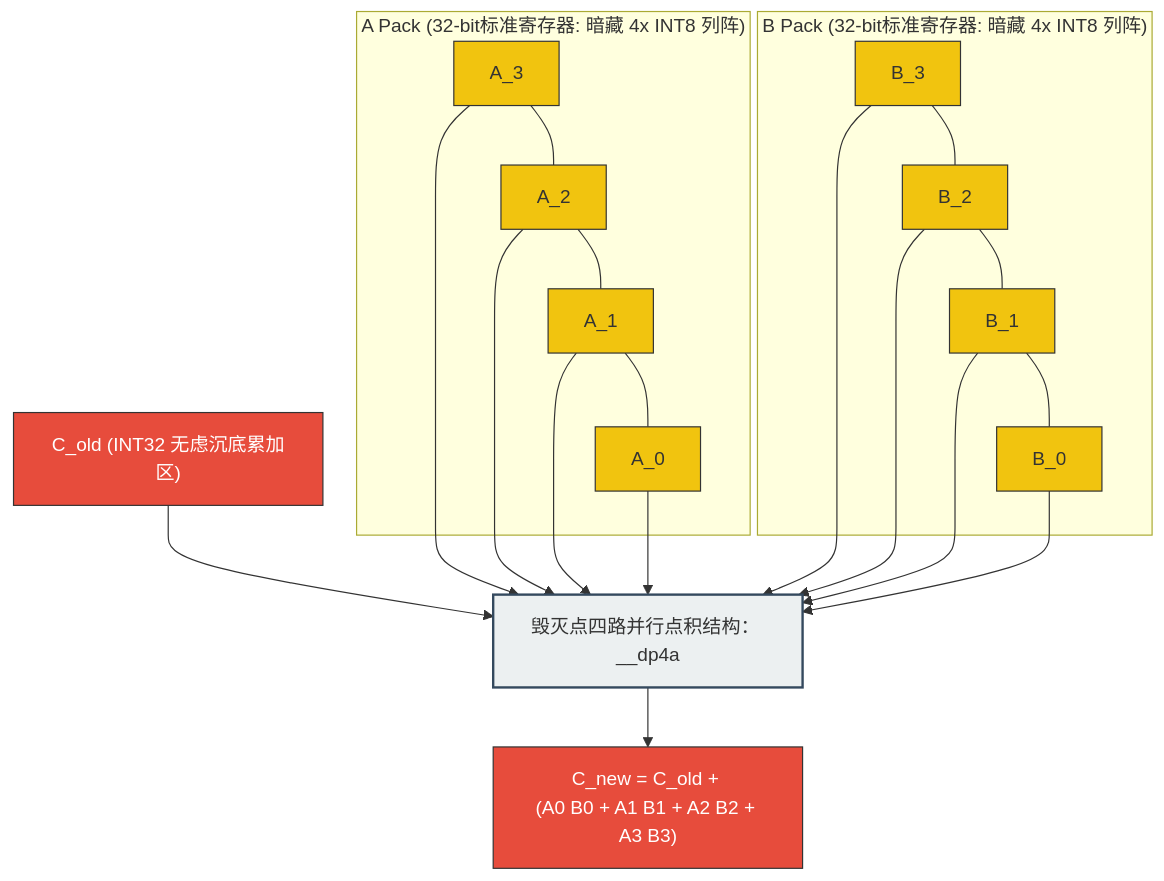
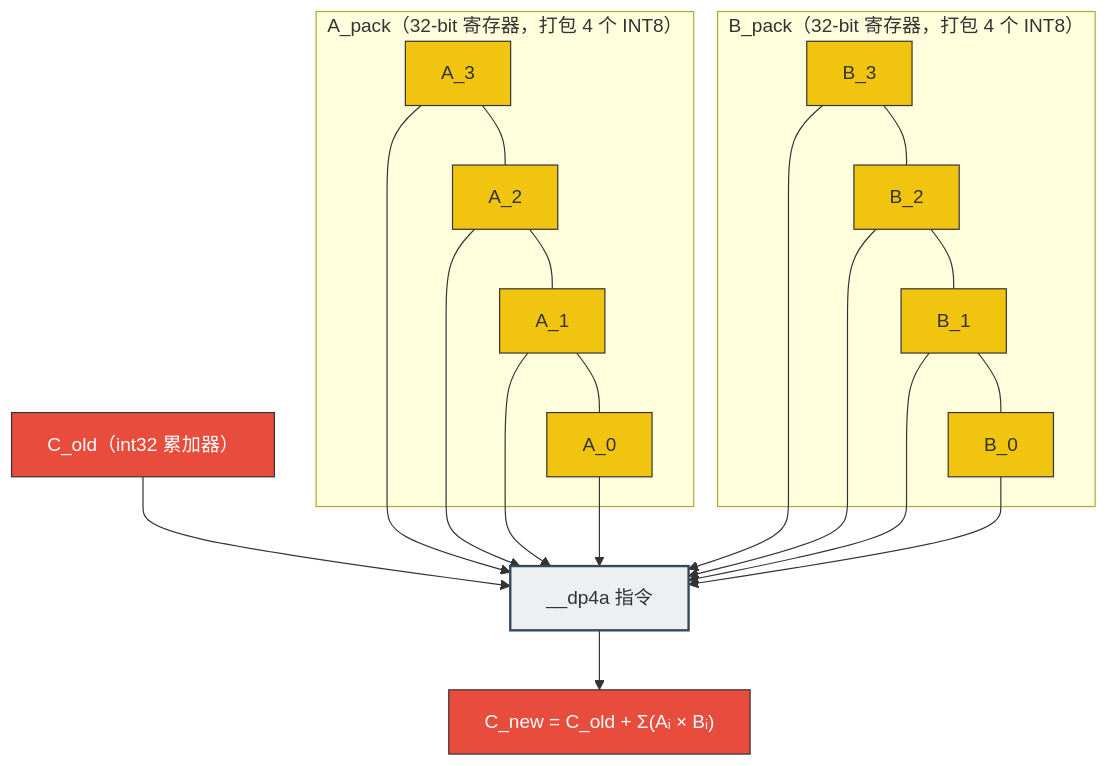
Before and after one commit to psmarter/CUDA-Practice: the first of 2 diagrams in Blogs/07_Quantization_FP16_INT8_dp4a.md, drawn with Mermaid. The commit also changed other lines of this file and 13 other files, not shown here.

````diff
--- a/Blogs/07_Quantization_FP16_INT8_dp4a.md
+++ b/Blogs/07_Quantization_FP16_INT8_dp4a.md
@@ -144,22 +142,22 @@
 ```mermaid
 graph TD
     classDef reg32 fill:#ecf0f1,stroke:#34495e,stroke-width:2px;
     classDef reg8 fill:#f1c40f,stroke:#333;
     classDef acc fill:#e74c3c,stroke:#333,color:white;
 
-    subgraph "A Pack (32-bit标准寄存器: 暗藏 4x INT8 列阵)"
+    subgraph "A_pack（32-bit 寄存器，打包 4 个 INT8）"
         A3[A_3]:::reg8 --- A2[A_2]:::reg8 --- A1[A_1]:::reg8 --- A0[A_0]:::reg8
     end
 
-    subgraph "B Pack (32-bit标准寄存器: 暗藏 4x INT8 列阵)"
+    subgraph "B_pack（32-bit 寄存器，打包 4 个 INT8）"
         B3[B_3]:::reg8 --- B2[B_2]:::reg8 --- B1[B_1]:::reg8 --- B0[B_0]:::reg8
     end
 
-    M[毁灭点四路并行点积结构： __dp4a]:::reg32
+    DP[__dp4a 指令]:::reg32
 
-    C_old["C_old (INT32 无虑沉底累加区)"]:::acc --> M
-    A3 --> M; A2 --> M; A1 --> M; A0 --> M
-    B3 --> M; B2 --> M; B1 --> M; B0 --> M
-    
-    M --> C_new["C_new = C_old + \n(A0 B0 + A1 B1 + A2 B2 + A3 B3)"]:::acc
+    C_old["C_old（int32 累加器）"]:::acc --> DP
+    A3 --> DP; A2 --> DP; A1 --> DP; A0 --> DP
+    B3 --> DP; B2 --> DP; B1 --> DP; B0 --> DP
+
+    DP --> C_new["C_new = C_old + Σ(Aᵢ × Bᵢ)"]:::acc
 ```
````
